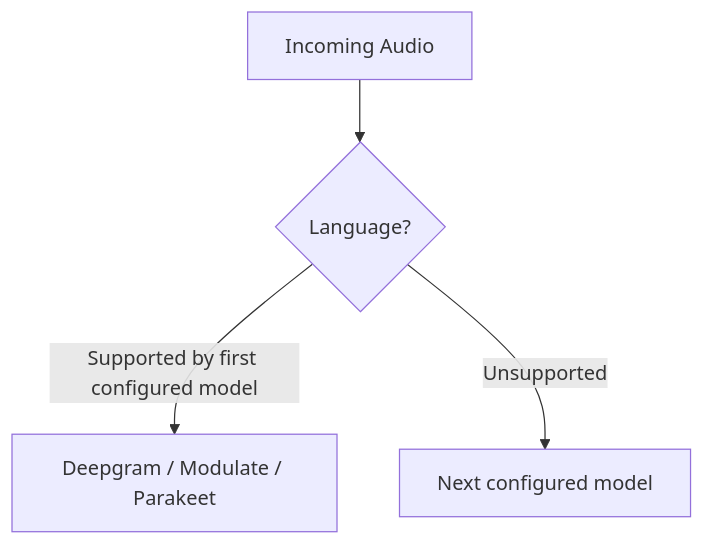
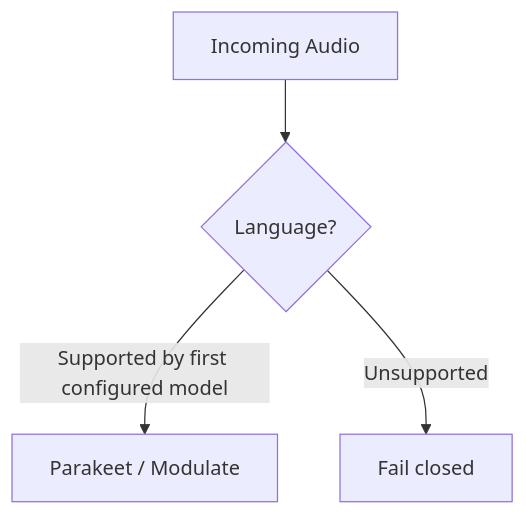
Before and after one commit to BasedHardware/omi: the second of 5 diagrams in docs/doc/developer/backend/transcription.mdx, drawn with Mermaid. The commit also changed other lines of this file and 528 other files, not shown here.

````diff
--- a/docs/doc/developer/backend/transcription.mdx
+++ b/docs/doc/developer/backend/transcription.mdx
@@ -158,6 +164,6 @@
 ```mermaid
 flowchart TD
     Start[Incoming Audio] --> Lang{Language?}
-    Lang -->|Supported by first configured model| Selected[Deepgram / Modulate / Parakeet]
-    Lang -->|Unsupported| Fallback[Next configured model]
+    Lang -->|Supported by first configured model| Selected[Parakeet / Modulate]
+    Lang -->|Unsupported| Unavailable[Fail closed]
 ```
````
